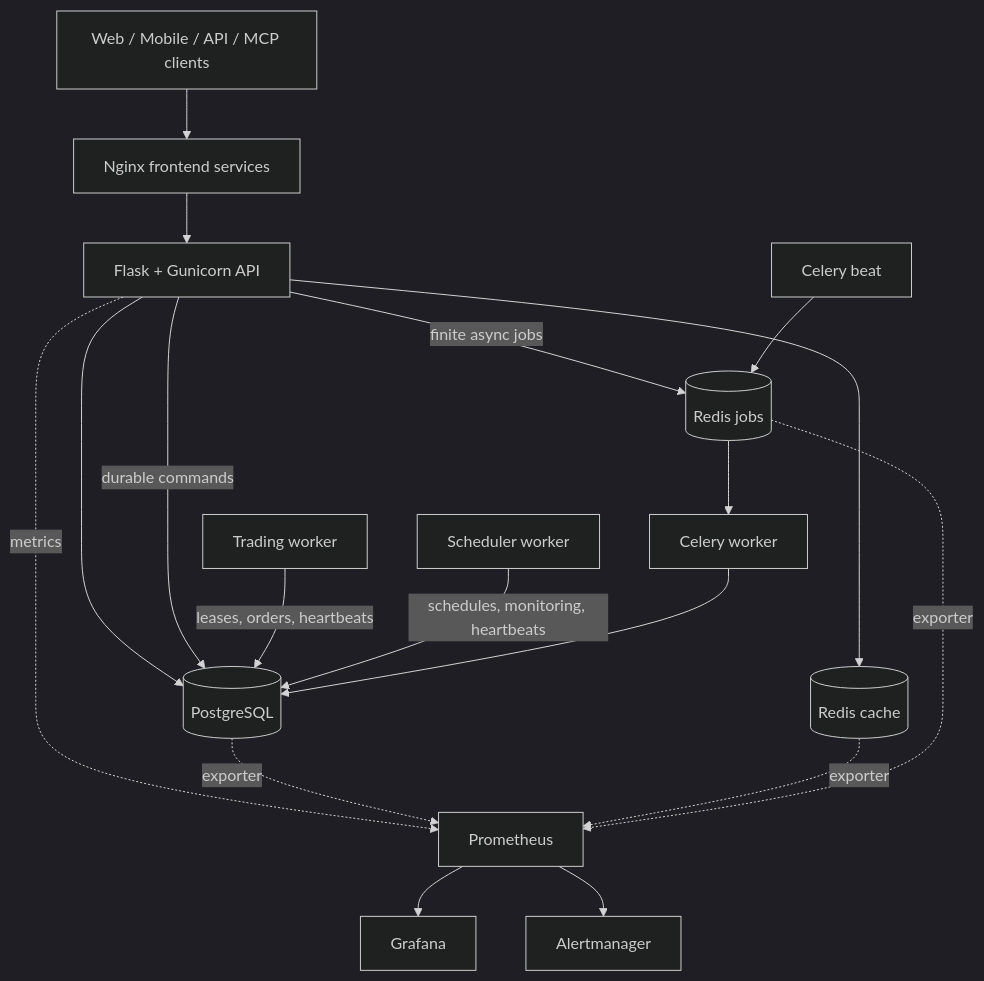
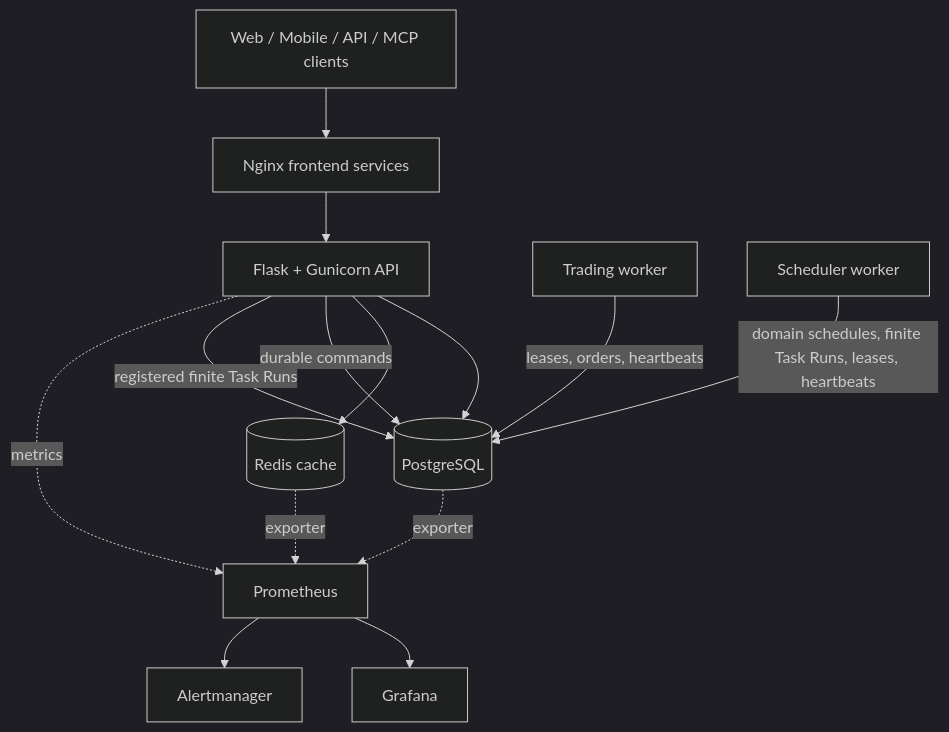
Before and after one commit to luhuiyuan/QuantDinger: the diagram in README.md, drawn with Mermaid (dark theme). The commit also changed other lines of this file and 87 other files, not shown here.

Commit message:
feat: replace celery with internal task scheduler

````diff
--- a/README.md
+++ b/README.md
@@ -104,32 +103,26 @@
 ```mermaid
 flowchart TB
     C["Web / Mobile / API / MCP clients"]
     FE["Nginx frontend services"]
     API["Flask + Gunicorn API"]
     PG[("PostgreSQL")]
     CACHE[("Redis cache")]
-    JOBS[("Redis jobs")]
     TW["Trading worker"]
     SW["Scheduler worker"]
-    CW["Celery worker"]
-    BEAT["Celery beat"]
     PROM["Prometheus"]
     GRAF["Grafana"]
     ALERT["Alertmanager"]
 
     C --> FE --> API
     API --> PG
     API --> CACHE
     API -->|"durable commands"| PG
     TW -->|"leases, orders, heartbeats"| PG
-    SW -->|"schedules, monitoring, heartbeats"| PG
-    API -->|"finite async jobs"| JOBS
-    BEAT --> JOBS --> CW
-    CW --> PG
+    SW -->|"domain schedules, finite Task Runs, leases, heartbeats"| PG
+    API -->|"registered finite Task Runs"| PG
     API -. metrics .-> PROM
     PG -. exporter .-> PROM
     CACHE -. exporter .-> PROM
-    JOBS -. exporter .-> PROM
     PROM --> GRAF
     PROM --> ALERT
 ```
````
